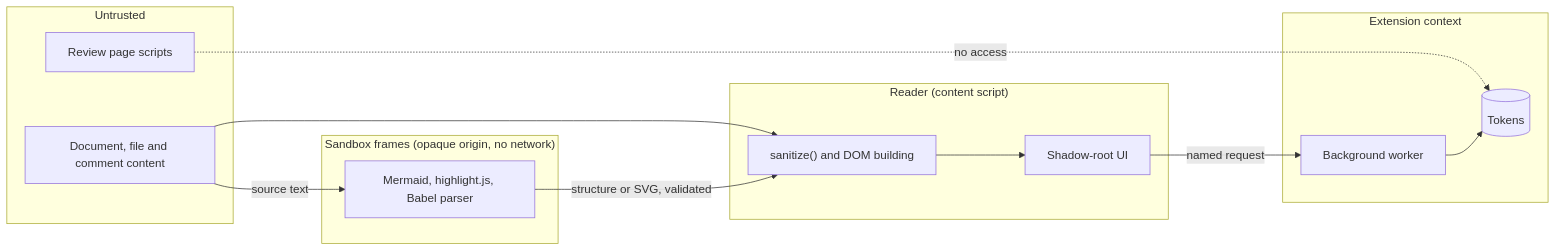
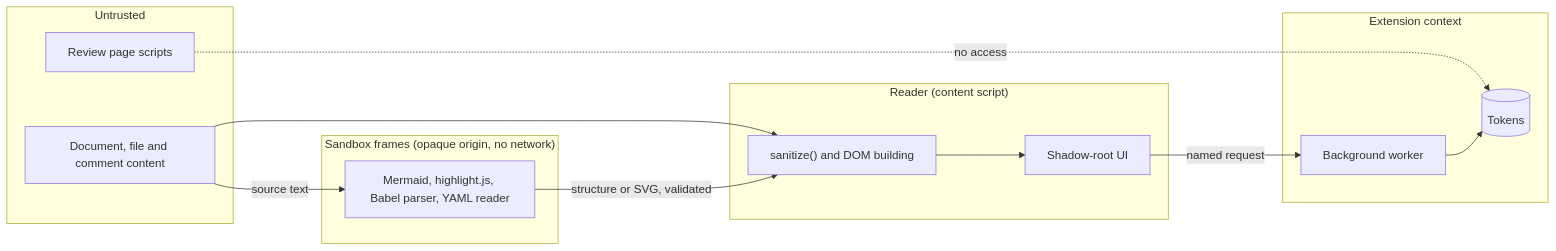
Before and after one commit to m9rc1n/galley: the diagram in docs/architecture/security-model.md, drawn with Mermaid. The commit also changed other lines of this file and 15 other files, not shown here.

````diff
--- a/docs/architecture/security-model.md
+++ b/docs/architecture/security-model.md
@@ -26,23 +26,23 @@
 ```mermaid
 flowchart LR
   subgraph Untrusted
     C["Document, file and comment content"]
     PG["Review page scripts"]
   end
   subgraph Reader["Reader (content script)"]
     SAN["sanitize() and DOM building"]
     UI["Shadow-root UI"]
   end
   subgraph Sandbox["Sandbox frames (opaque origin, no network)"]
-    E["Mermaid, highlight.js, Babel parser"]
+    E["Mermaid, highlight.js, Babel parser, YAML reader"]
   end
   subgraph Privileged["Extension context"]
     W["Background worker"]
     TK[("Tokens")]
   end
   C --> SAN --> UI
   C -- "source text" --> E -- "structure or SVG, validated" --> SAN
   UI -- "named request" --> W
   PG -. "no access" .-> TK
   W --> TK
 ```
````
